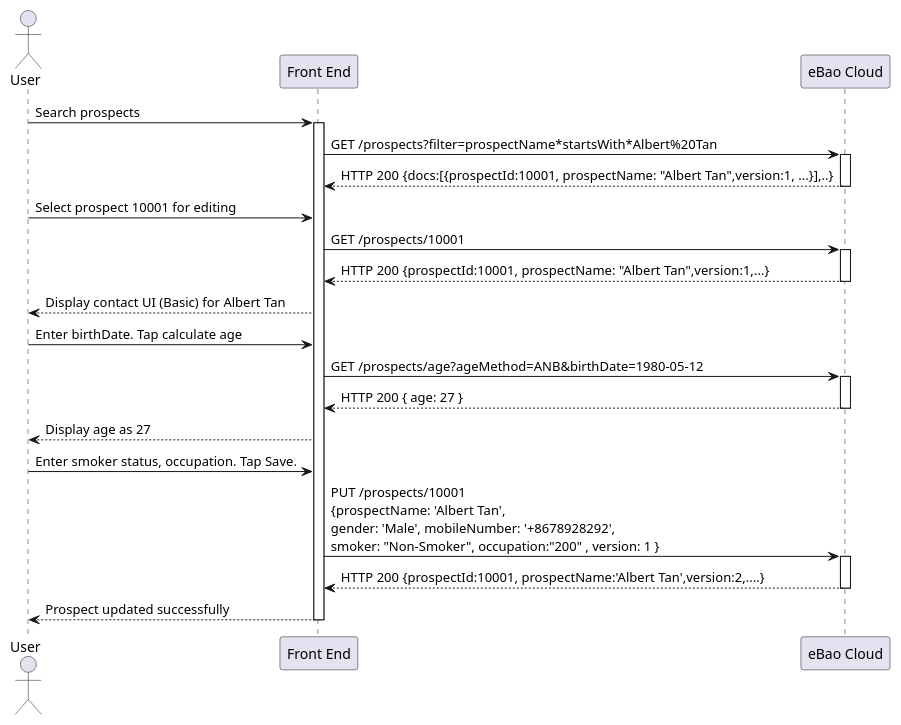
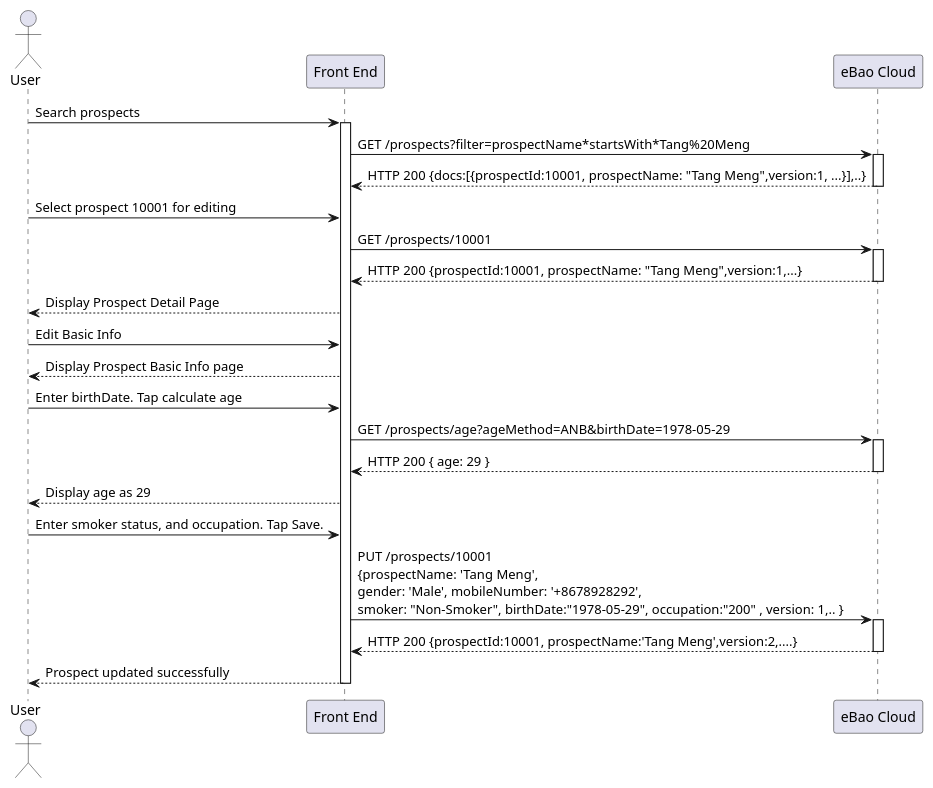
The fourth of 9 diagrams in markdown/prospects.md (yitchoong/cloudapi), drawn with PlantUML before and after one commit. The commit also changed other lines of this file and 3 other files, not shown here.

````diff
--- a/markdown/prospects.md
+++ b/markdown/prospects.md
@@ -130,31 +165,33 @@
   ```puml
   actor User
   participant "Front End" as F
   participant "eBao Cloud" as ebao
   User -> F : Search prospects
   activate F
-  F -> ebao : GET /prospects?filter=prospectName*startsWith*Albert%20Tan
+  F -> ebao : GET /prospects?filter=prospectName*startsWith*Tang%20Meng
   activate ebao
-  ebao --> F : HTTP 200 {docs:[{prospectId:10001, prospectName: "Albert Tan",version:1, ...}],..}
+  ebao --> F : HTTP 200 {docs:[{prospectId:10001, prospectName: "Tang Meng",version:1, ...}],..}
   deactivate ebao
 
   User -> F : Select prospect 10001 for editing
   F -> ebao : GET /prospects/10001
   activate ebao
-  ebao --> F : HTTP 200 {prospectId:10001, prospectName: "Albert Tan",version:1,...}
+  ebao --> F : HTTP 200 {prospectId:10001, prospectName: "Tang Meng",version:1,...}
   deactivate ebao
-  F --> User : Display contact UI (Basic) for Albert Tan
+  F --> User : Display Prospect Detail Page
+  User -> F :  Edit Basic Info
+  F --> User : Display Prospect Basic Info page
   User -> F : Enter birthDate. Tap calculate age
-  F -> ebao : GET /prospects/age?ageMethod=ANB&birthDate=1980-05-12
+  F -> ebao : GET /prospects/age?ageMethod=ANB&birthDate=1978-05-29
   activate ebao
-  ebao --> F : HTTP 200 { age: 27 }
+  ebao --> F : HTTP 200 { age: 29 }
   deactivate ebao
-  F --> User : Display age as 27
-  User -> F : Enter smoker status, occupation. Tap Save.
-  F -> ebao : PUT /prospects/10001\n{prospectName: 'Albert Tan', \ngender: 'Male', mobileNumber: '+8678928292', \nsmoker: "Non-Smoker", occupation:"200" , version: 1 }
+  F --> User : Display age as 29
+  User -> F : Enter smoker status, and occupation. Tap Save.
+  F -> ebao : PUT /prospects/10001\n{prospectName: 'Tang Meng', \ngender: 'Male', mobileNumber: '+8678928292', \nsmoker: "Non-Smoker", birthDate:"1978-05-29", occupation:"200" , version: 1,.. }
   activate ebao
-  ebao --> F : HTTP 200 {prospectId:10001, prospectName:'Albert Tan',version:2,....}
+  ebao --> F : HTTP 200 {prospectId:10001, prospectName:'Tang Meng',version:2,....}
   deactivate ebao
   F --> User : Prospect updated successfully
   deactivate F
 ```
````
